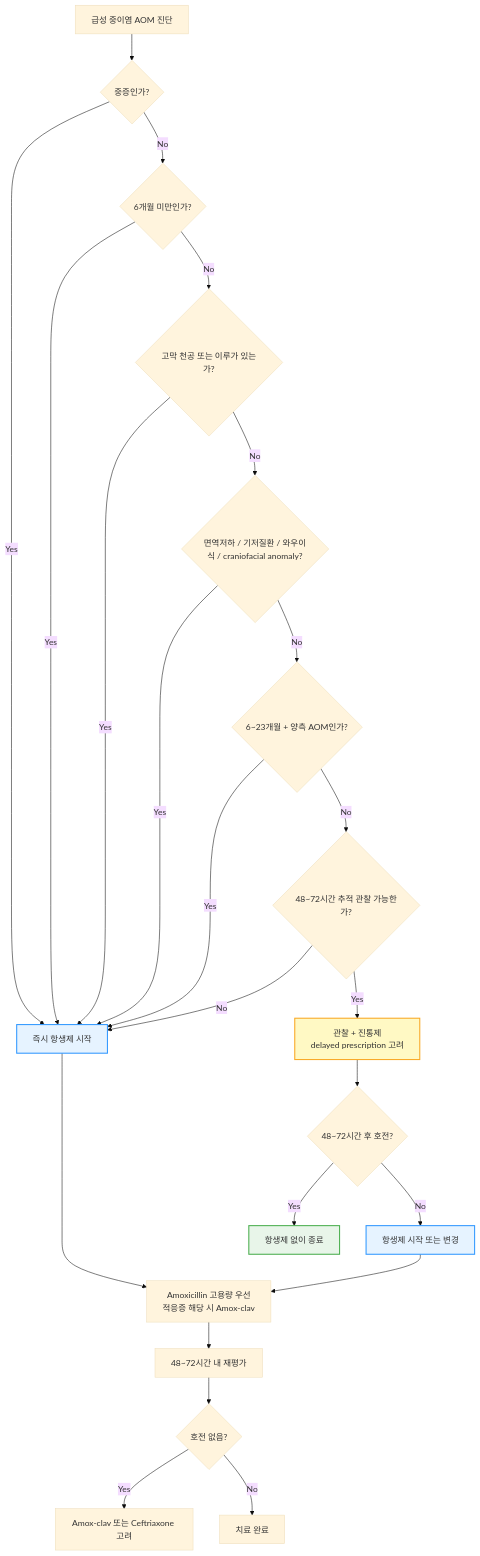
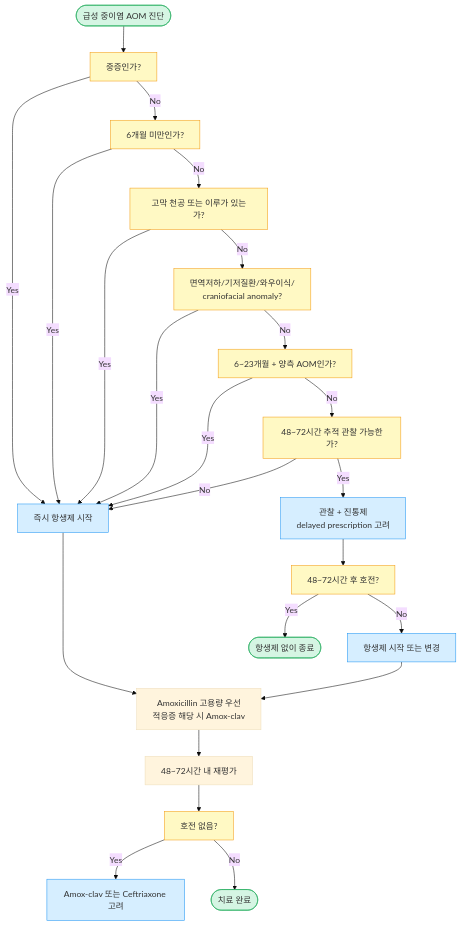
The third of 4 diagrams in 222_/048_-otitis-media.md (familyoh77/familyoh77), drawn with Mermaid (base theme) before and after one commit. The commit also changed other lines of this file, not shown here.

````diff
--- a/222_/048_-otitis-media.md
+++ b/222_/048_-otitis-media.md
@@ -381,30 +372,34 @@
 ```mermaid
 graph TD
-A[급성 중이염 AOM 진단] --> B{중증인가?}
+A([급성 중이염 AOM 진단]) --> B[중증인가?]
 B -->|Yes| ABX[즉시 항생제 시작]
-B -->|No| C{6개월 미만인가?}
+B -->|No| C[6개월 미만인가?]
 C -->|Yes| ABX
-C -->|No| D{고막 천공 또는 이루가 있는가?}
+C -->|No| D[고막 천공 또는 이루가 있는가?]
 D -->|Yes| ABX
-D -->|No| E{면역저하 / 기저질환 / 와우이식 / craniofacial anomaly?}
+D -->|No| E[면역저하/기저질환/와우이식/<br/> craniofacial anomaly?]
 E -->|Yes| ABX
-E -->|No| F{6~23개월 + 양측 AOM인가?}
+E -->|No| F[6~23개월 + 양측 AOM인가?]
 F -->|Yes| ABX
-F -->|No| G{48~72시간 추적 관찰 가능한가?}
+F -->|No| G[48~72시간 추적 관찰 가능한가?]
 G -->|No| ABX
 G -->|Yes| OBS[관찰 + 진통제<br/>delayed prescription 고려]
-OBS --> H{48~72시간 후 호전?}
-H -->|Yes| HOME[항생제 없이 종료]
+OBS --> H[48~72시간 후 호전?]
+H -->|Yes| HOME([항생제 없이 종료])
 H -->|No| ABX2[항생제 시작 또는 변경]
 ABX --> I[Amoxicillin 고용량 우선<br/>적응증 해당 시 Amox-clav]
 ABX2 --> I
 I --> J[48~72시간 내 재평가]
-J --> K{호전 없음?}
+J --> K[호전 없음?]
 K -->|Yes| ESC[Amox-clav 또는 Ceftriaxone 고려]
-K -->|No| END[치료 완료]
+K -->|No| END([치료 완료])
 
-style ABX fill:#e6f3ff,stroke:#3399ff,stroke-width:2px
-style ABX2 fill:#e6f3ff,stroke:#3399ff,stroke-width:2px
-style HOME fill:#e8f5e9,stroke:#4caf50,stroke-width:2px
-style OBS fill:#fff9c4,stroke:#f9a825,stroke-width:2px
+    style A fill:#d5f5e3,stroke:#27ae60
+classDef green fill:#d5f5e3,stroke:#27ae60
+class HOME,END green
+classDef yellow fill:#fff9c4,stroke:#f39c12
+class B,C,D,E,F,G,H,K yellow
+classDef sky fill:#d6eeff,stroke:#2196f3
+class ABX,ABX2,ESC,OBS sky
+
 ```
````
